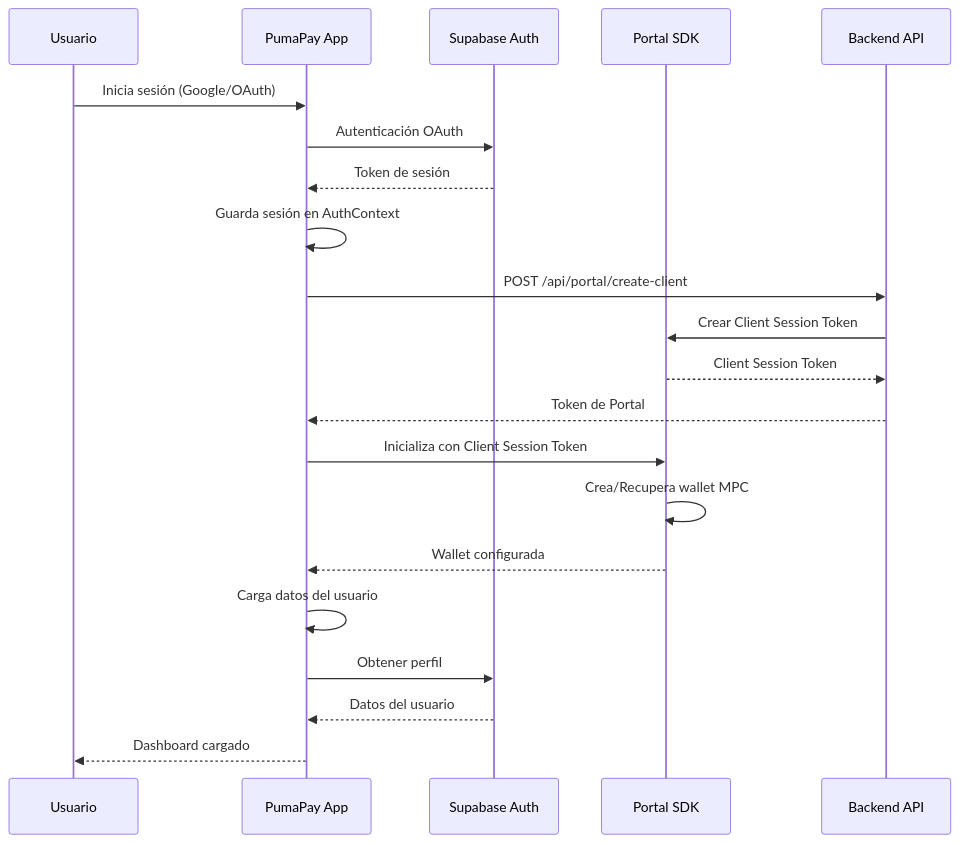
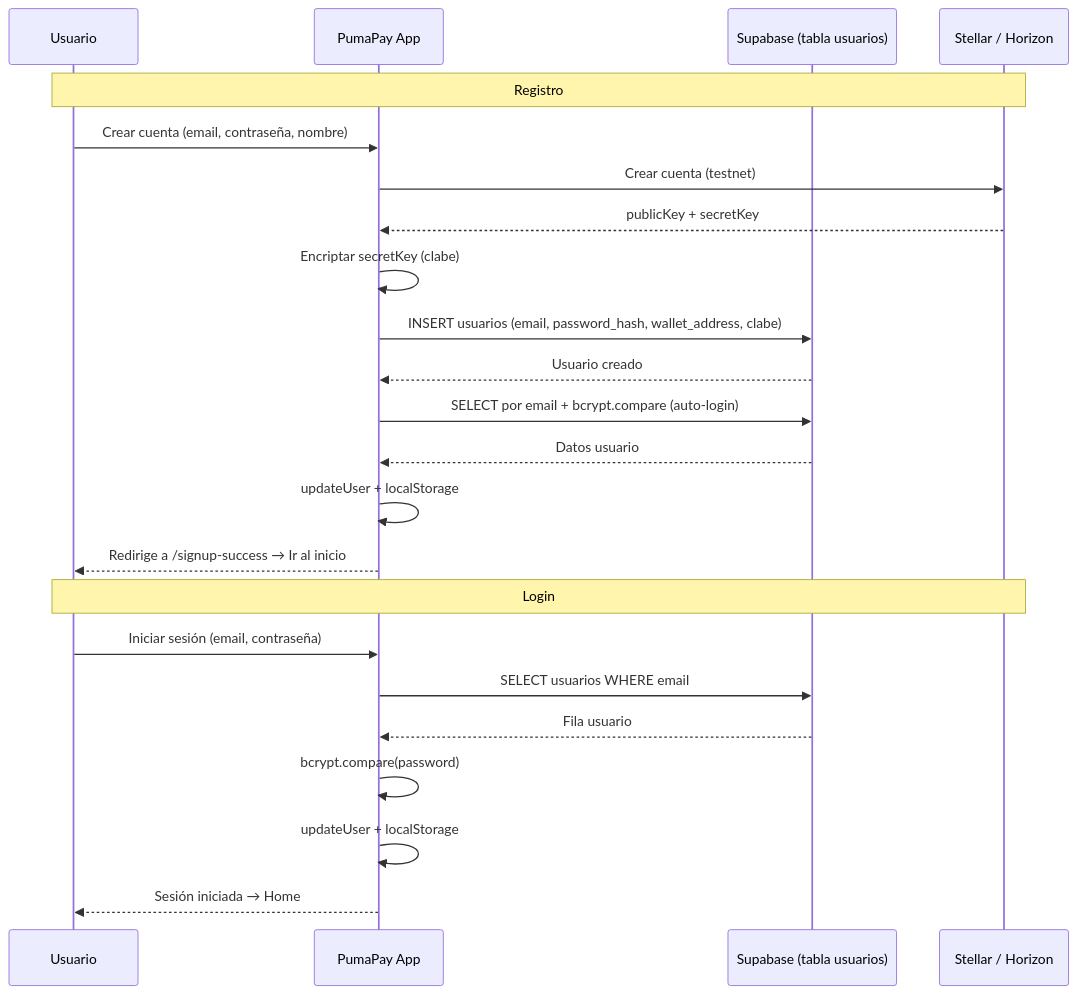
The sixth of 11 diagrams in README.md (MarxMad/puma-pay-campus-wallet), drawn with Mermaid before and after one commit. The commit also changed other lines of this file, not shown here.

````diff
--- a/README.md
+++ b/README.md
@@ -391,27 +400,27 @@
 ```mermaid
 sequenceDiagram
     participant User as Usuario
     participant App as PumaPay App
-    participant Supabase as Supabase Auth
-    participant Portal as Portal SDK
-    participant Backend as Backend API
+    participant Supabase as Supabase (tabla usuarios)
+    participant Stellar as Stellar / Horizon
     
-    User->>App: Inicia sesión (Google/OAuth)
-    App->>Supabase: Autenticación OAuth
-    Supabase-->>App: Token de sesión
-    App->>App: Guarda sesión en AuthContext
+    Note over User,Stellar: Registro
+    User->>App: Crear cuenta (email, contraseña, nombre)
+    App->>Stellar: Crear cuenta (testnet)
+    Stellar-->>App: publicKey + secretKey
+    App->>App: Encriptar secretKey (clabe)
+    App->>Supabase: INSERT usuarios (email, password_hash, wallet_address, clabe)
+    Supabase-->>App: Usuario creado
+    App->>Supabase: SELECT por email + bcrypt.compare (auto-login)
+    Supabase-->>App: Datos usuario
+    App->>App: updateUser + localStorage
+    App-->>User: Redirige a /signup-success → Ir al inicio
     
-    App->>Backend: POST /api/portal/create-client
-    Backend->>Portal: Crear Client Session Token
-    Portal-->>Backend: Client Session Token
-    Backend-->>App: Token de Portal
-    
-    App->>Portal: Inicializa con Client Session Token
-    Portal->>Portal: Crea/Recupera wallet MPC
-    Portal-->>App: Wallet configurada
-    
-    App->>App: Carga datos del usuario
-    App->>Supabase: Obtener perfil
-    Supabase-->>App: Datos del usuario
-    App-->>User: Dashboard cargado
+    Note over User,Stellar: Login
+    User->>App: Iniciar sesión (email, contraseña)
+    App->>Supabase: SELECT usuarios WHERE email
+    Supabase-->>App: Fila usuario
+    App->>App: bcrypt.compare(password)
+    App->>App: updateUser + localStorage
+    App-->>User: Sesión iniciada → Home
 ```
````
